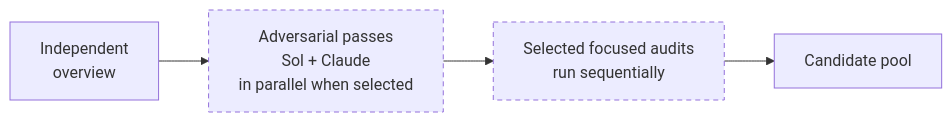
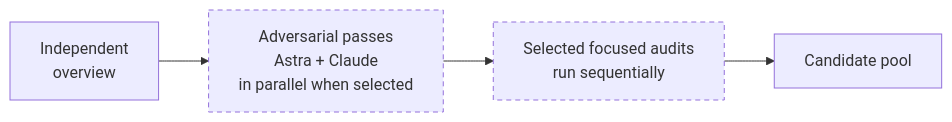
The third of 5 diagrams in pkgs/ralph/README.md (willcl-ark/nix), drawn with Mermaid before and after one commit. The commit also changed other lines of this file and 5 other files, not shown here.

````diff
--- a/pkgs/ralph/README.md
+++ b/pkgs/ralph/README.md
@@ -291,8 +291,8 @@
 ```mermaid
 flowchart LR
-    overview["Independent<br/>overview"] --> adversarial["Adversarial passes<br/>Sol + Claude<br/>in parallel when selected"]
+    overview["Independent<br/>overview"] --> adversarial["Adversarial passes<br/>Astra + Claude<br/>in parallel when selected"]
     adversarial --> focused["Selected focused audits<br/>run sequentially"]
     focused --> pool["Candidate pool"]
     classDef optional stroke-dasharray: 5 4
     class adversarial,focused optional
 ```
````
